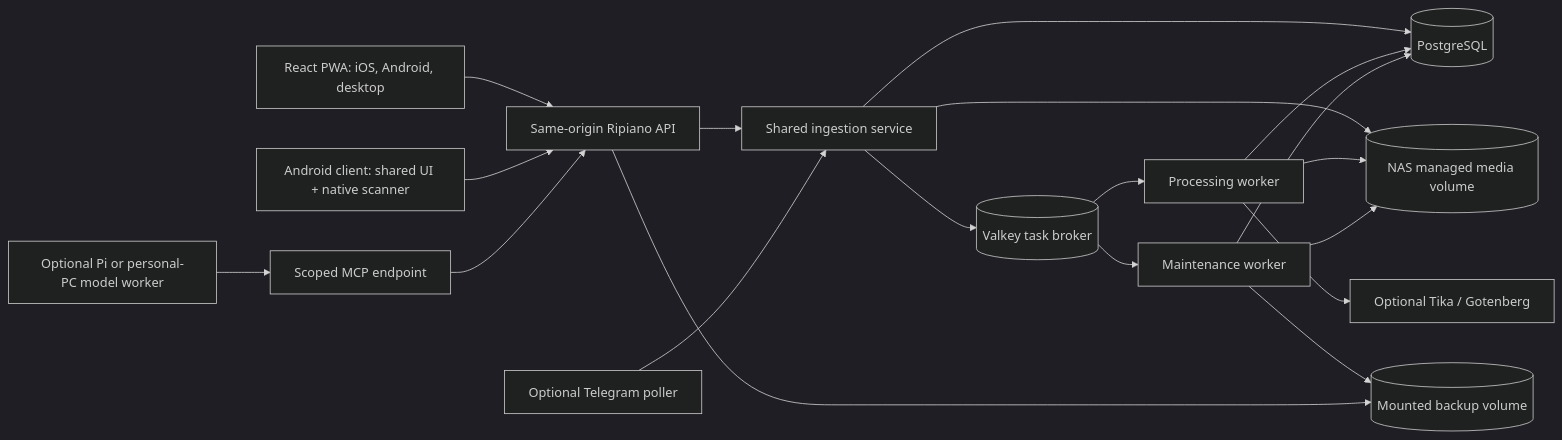
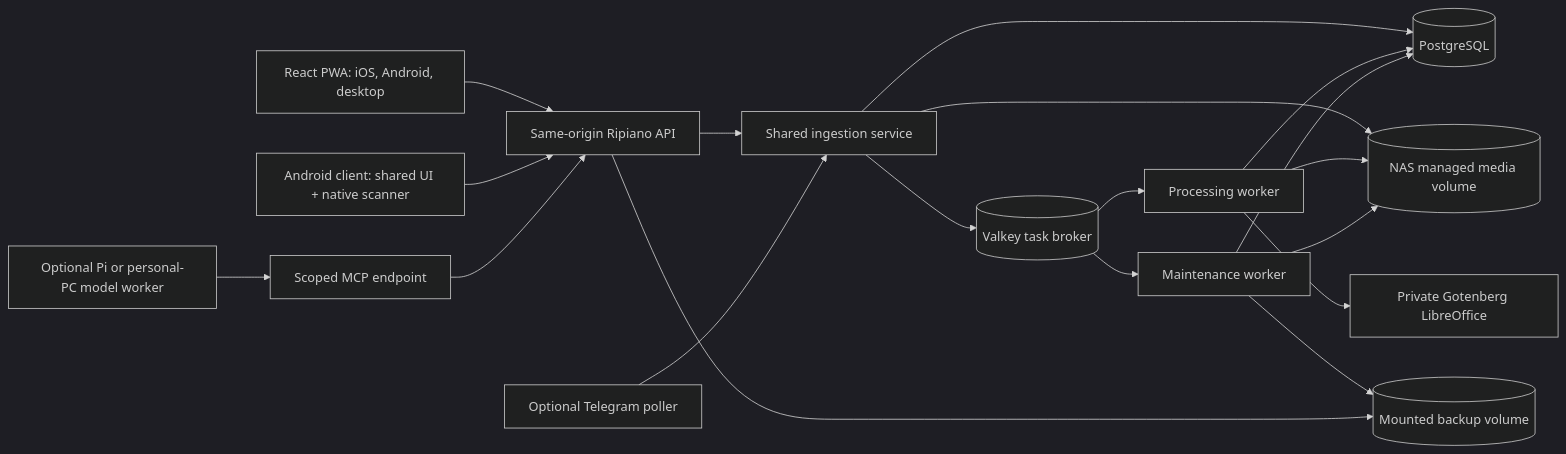
One commit to p4xx07/ripiano changed the diagram in docs/ARCHITECTURE.md. Above: the diagram before and after it, drawn with Mermaid (dark theme). The commit also changed other lines of this file and 23 other files, not shown here.

Commit message:
Add private Office document conversion and searchable intake

````diff
--- a/docs/ARCHITECTURE.md
+++ b/docs/ARCHITECTURE.md
@@ -7,21 +7,21 @@
 ```mermaid
 flowchart LR
   PWA[React PWA: iOS, Android, desktop] --> API[Same-origin Ripiano API]
   AND[Android client: shared UI + native scanner] --> API
   API --> INGEST[Shared ingestion service]
   TG[Optional Telegram poller] --> INGEST
   INGEST --> PG[(PostgreSQL)]
   INGEST --> MEDIA[(NAS managed media volume)]
   INGEST --> BROKER[(Valkey task broker)]
   BROKER --> WORKER[Processing worker]
   BROKER --> MAINT[Maintenance worker]
   WORKER --> MEDIA
   WORKER --> PG
-  WORKER --> CONV[Optional Tika / Gotenberg]
+  WORKER --> CONV[Private Gotenberg LibreOffice]
   MAINT --> PG
   MAINT --> MEDIA
   MAINT --> BACKUP[(Mounted backup volume)]
   LOCAL[Optional Pi or personal-PC model worker] --> MCP[Scoped MCP endpoint]
   MCP --> API
   API --> BACKUP
 ```
````
